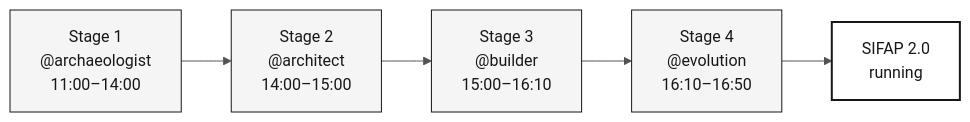
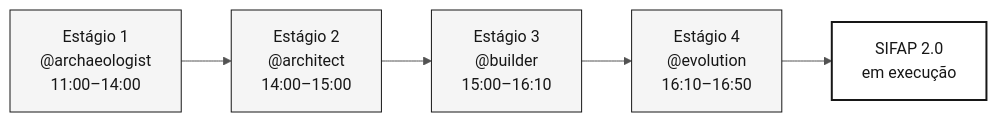
Before and after one commit to paulasilvatech/datacorp-sifap-team-kit-pt-br: the diagram in 06-stage-agents/README.md, drawn with Mermaid. The commit also changed other lines of this file and 361 other files, not shown here.

````diff
--- a/06-stage-agents/README.md
+++ b/06-stage-agents/README.md
@@ -45,11 +45,11 @@
 ```mermaid
 %%{init: {'theme':'neutral','themeVariables':{'fontFamily':'ui-sans-serif, system-ui, sans-serif','primaryColor':'#F5F5F5','primaryTextColor':'#171717','primaryBorderColor':'#171717','lineColor':'#525252','secondaryColor':'#FFFFFF','tertiaryColor':'#FAFAFA','background':'#FFFFFF'}}}%%
 flowchart LR
     classDef step fill:#F5F5F5,stroke:#171717,color:#171717
     classDef result fill:#FFFFFF,stroke:#171717,color:#171717,stroke-width:2px
 
-    A["Stage 1<br/>@archaeologist<br/>11:00–14:00"]:::step --> B["Stage 2<br/>@architect<br/>14:00–15:00"]:::step
-    B --> C["Stage 3<br/>@builder<br/>15:00–16:10"]:::step
-    C --> D["Stage 4<br/>@evolution<br/>16:10–16:50"]:::step
-    D --> E["SIFAP 2.0<br/>running"]:::result
+    A["Estágio 1<br/>@archaeologist<br/>11:00–14:00"]:::step --> B["Estágio 2<br/>@architect<br/>14:00–15:00"]:::step
+    B --> C["Estágio 3<br/>@builder<br/>15:00–16:10"]:::step
+    C --> D["Estágio 4<br/>@evolution<br/>16:10–16:50"]:::step
+    D --> E["SIFAP 2.0<br/>em execução"]:::result
 ```
````
